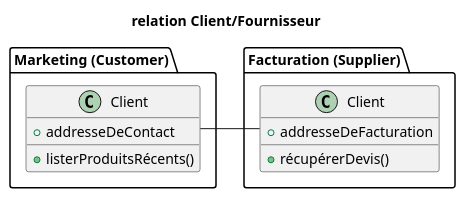
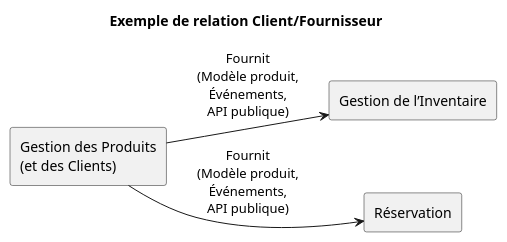
Before and after one commit to tavenel/website: diagram 13 of 21 in src/pages/cours/ddd/ddd-cours.md, drawn with PlantUML. The commit also changed other lines of this file and 3 other files, not shown here.

````diff
--- a/src/pages/cours/ddd/ddd-cours.md
+++ b/src/pages/cours/ddd/ddd-cours.md
@@ -883,24 +903,15 @@
 ```plantuml
 @startuml
-title: relation Client/Fournisseur
+title: Exemple de relation Client/Fournisseur
 left to right direction
 
-package "Facturation (Supplier)" {
-  class "Client" as client1 {
-    +addresseDeFacturation
-    +récupérerDevis()
-  }
+rectangle "Gestion des Produits\n(et des Clients)" as Products
 
-}
+rectangle "Gestion de l’Inventaire" as Inventory
+rectangle "Réservation" as Reservation
 
-package "Marketing (Customer)" {
-  class "Client" as client2 {
-    +addresseDeContact
-    +listerProduitsRécents()
-  } 
+Products -down-> Inventory : Fournit\n(Modèle produit,\nÉvénements,\nAPI publique)
+Products -down-> Reservation : Fournit\n(Modèle produit,\nÉvénements,\nAPI publique)
 
-}
-
-client2 -- client1
 @enduml
 ```
````
